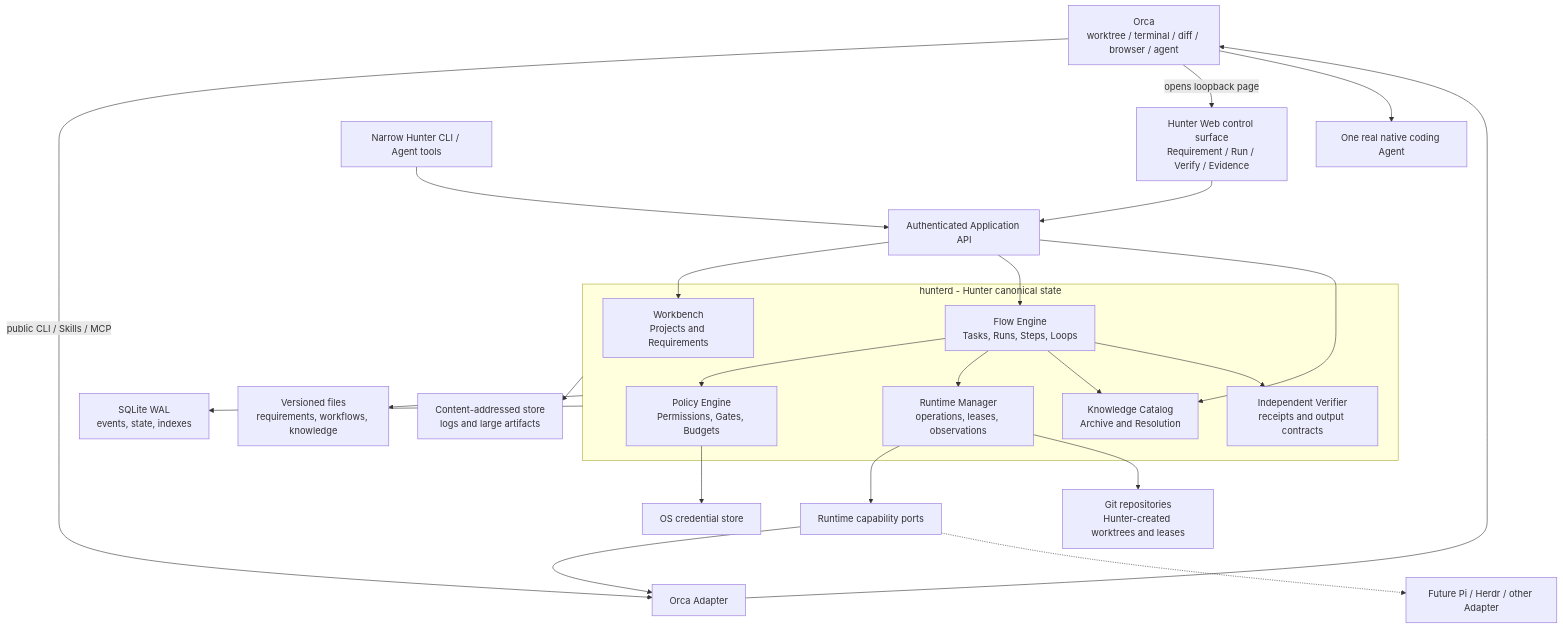
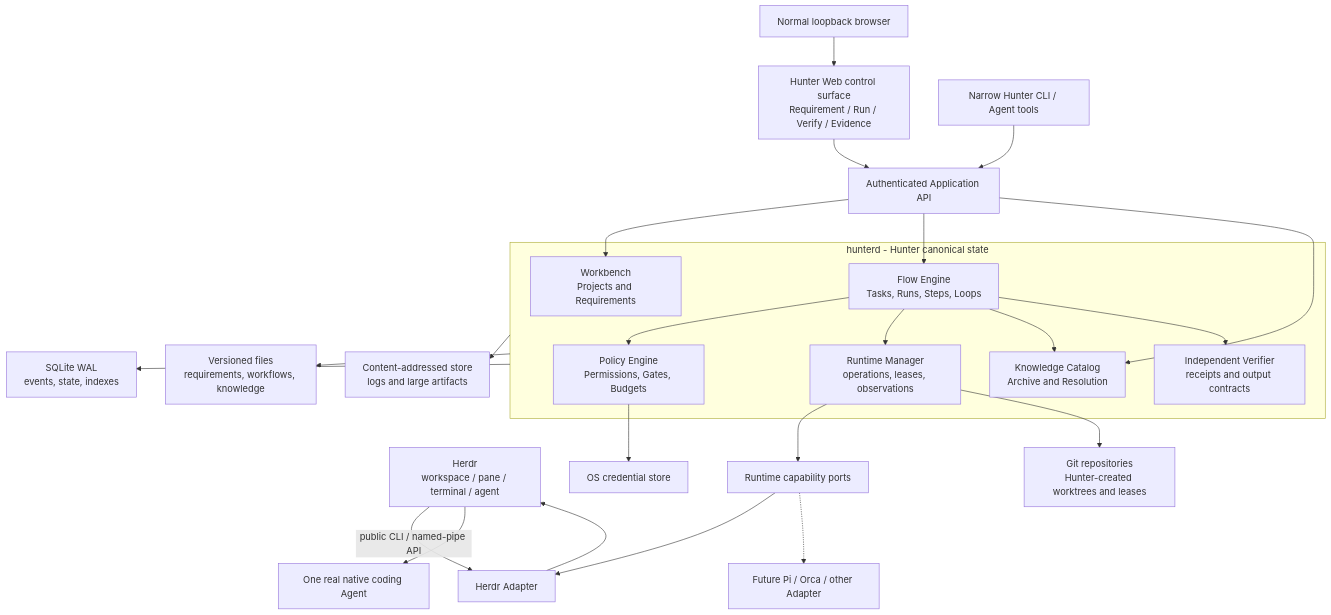
One commit to hunterzheng1/hunter-platform changed the diagram in docs/02-system-architecture.md. Above: the diagram before and after it, drawn with Mermaid. The commit also changed other lines of this file and 18 other files, not shown here.

````diff
--- a/docs/02-system-architecture.md
+++ b/docs/02-system-architecture.md
@@ -14,41 +16,41 @@
 ```mermaid
 flowchart TB
-    OrcaUI["Orca<br/>worktree / terminal / diff / browser / agent"]
+    HerdrUI["Herdr<br/>workspace / pane / terminal / agent"]
     Web["Hunter Web control surface<br/>Requirement / Run / Verify / Evidence"]
     CLI["Narrow Hunter CLI / Agent tools"]
     API["Authenticated Application API"]
 
-    OrcaUI -->|"public CLI / Skills / MCP"| Adapter["Orca Adapter"]
-    OrcaUI -->|"opens loopback page"| Web
+    HerdrUI -->|"public CLI / named-pipe API"| Adapter["Herdr Adapter"]
+    Browser["Normal loopback browser"] --> Web
     Web --> API
     CLI --> API
 
     subgraph Core["hunterd - Hunter canonical state"]
         WB["Workbench<br/>Projects and Requirements"]
         Flow["Flow Engine<br/>Tasks, Runs, Steps, Loops"]
         Runtime["Runtime Manager<br/>operations, leases, observations"]
         Knowledge["Knowledge Catalog<br/>Archive and Resolution"]
         Policy["Policy Engine<br/>Permissions, Gates, Budgets"]
         Verifier["Independent Verifier<br/>receipts and output contracts"]
     end
 
     API --> WB
     API --> Flow
     API --> Knowledge
     Flow --> Policy
     Flow --> Runtime
     Flow --> Knowledge
     Flow --> Verifier
 
     Runtime --> Port["Runtime capability ports"]
     Port --> Adapter
-    Adapter --> OrcaUI
-    OrcaUI --> Agent["One real native coding Agent"]
-    Port -.-> Future["Future Pi / Herdr / other Adapter"]
+    Adapter --> HerdrUI
+    HerdrUI --> Agent["One real native coding Agent"]
+    Port -.-> Future["Future Pi / Orca / other Adapter"]
 
     Core --> SQLite["SQLite WAL<br/>events, state, indexes"]
     Core --> Files["Versioned files<br/>requirements, workflows, knowledge"]
     Core --> CAS["Content-addressed store<br/>logs and large artifacts"]
     Runtime --> Git["Git repositories<br/>Hunter-created worktrees and leases"]
     Policy --> Secrets["OS credential store"]
 ```
````
